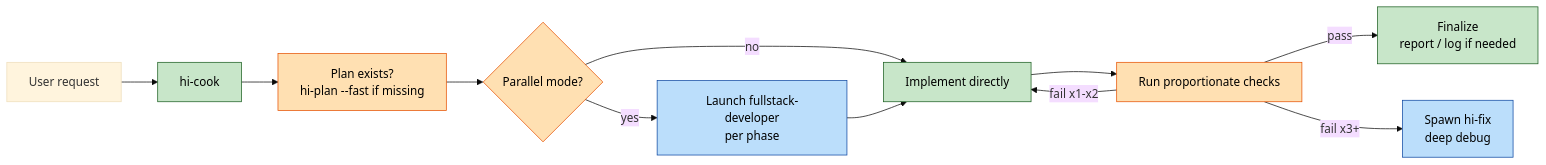
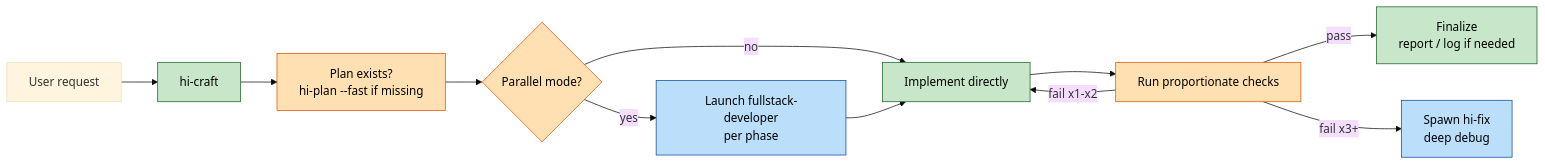
One commit to baka3k/dev-kit changed the second of 5 diagrams in README.md. Above: the diagram before and after it, drawn with Mermaid (base theme). The commit also changed other lines of this file and 8 other files, not shown here.

Commit message:
Rename `hi-cook` to `hi-craft` across documentation and codebase; update related workflows and remove deprecated files.

````diff
--- a/README.md
+++ b/README.md
@@ -346,20 +346,20 @@
 ```mermaid
 graph LR
-    A["User request"] --> B["hi-cook"]
+    A["User request"] --> B["hi-craft"]
     B --> C["Plan exists?<br/>hi-plan --fast if missing"]
     C --> D{"Parallel mode?"}
     D -->|no| E["Implement directly"]
     D -->|yes| P["Launch fullstack-developer<br/>per phase"]
     P --> E
     E --> F["Run proportionate checks"]
     F -->|pass| G["Finalize<br/>report / log if needed"]
     F -->|fail x1-x2| E
     F -->|fail x3+| H["Spawn hi-fix<br/>deep debug"]
 
     classDef primary fill:#c8e6c9,stroke:#1b5e20,color:#000
     classDef delegated fill:#bbdefb,stroke:#0d47a1,color:#000
     classDef gate fill:#ffe0b2,stroke:#e65100,color:#000
     class B,E,G primary
     class P,H delegated
     class C,D,F gate
 ```
````
